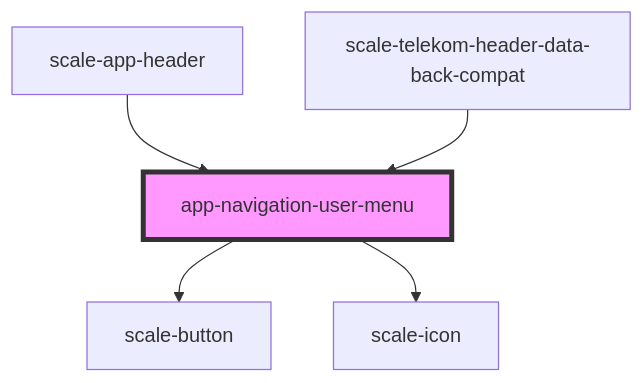
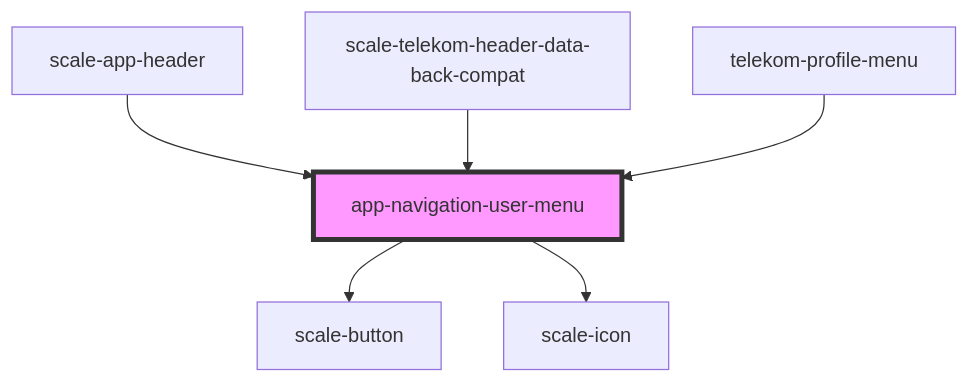
One commit to telekom/scale changed the diagram in packages/components/src/components/telekom/app-navigation-user-menu/readme.md. Above: the diagram before and after it, drawn with Mermaid. The commit also changed other lines of this file and 33 other files, not shown here.

First line of the commit message:
feat(telekom-profile-menu): WIP (#2208)

````diff
--- a/packages/components/src/components/telekom/app-navigation-user-menu/readme.md
+++ b/packages/components/src/components/telekom/app-navigation-user-menu/readme.md
@@ -43,8 +48,9 @@
 ```mermaid
 graph TD;
   app-navigation-user-menu --> scale-button
   app-navigation-user-menu --> scale-icon
   scale-app-header --> app-navigation-user-menu
   scale-telekom-header-data-back-compat --> app-navigation-user-menu
+  telekom-profile-menu --> app-navigation-user-menu
   style app-navigation-user-menu fill:#f9f,stroke:#333,stroke-width:4px
 ```
````
